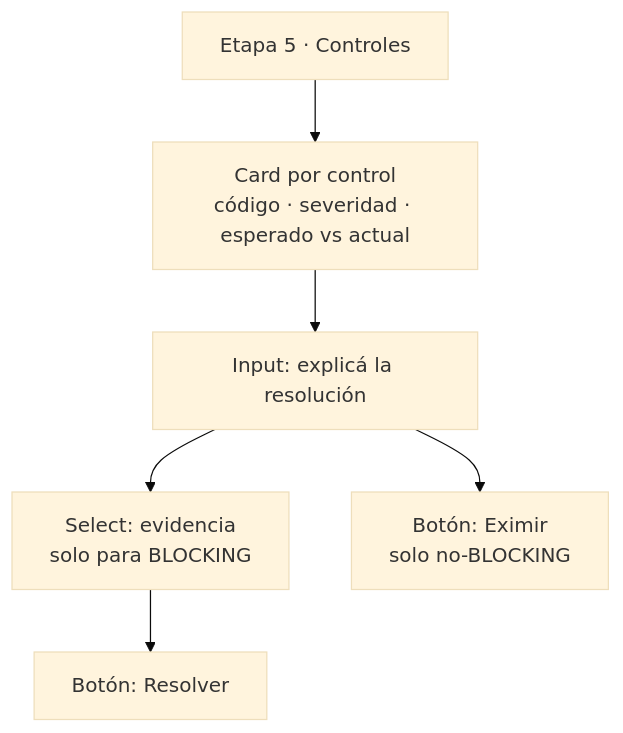
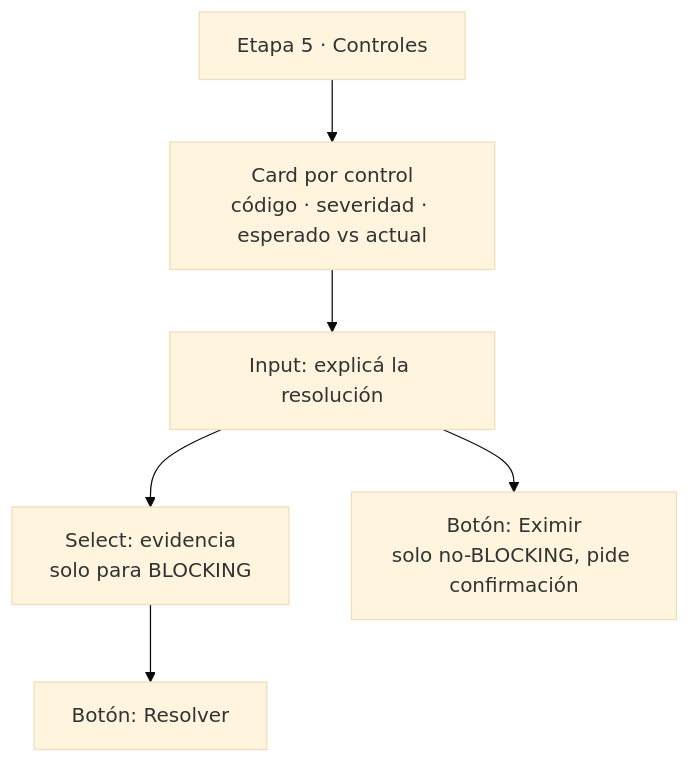
Before and after one commit to TataInti/contable: the seventh of 10 diagrams in docs/flujograma-expediente-mensual.md, drawn with Mermaid (base theme). The commit also changed other lines of this file, not shown here.

````diff
--- a/docs/flujograma-expediente-mensual.md
+++ b/docs/flujograma-expediente-mensual.md
@@ -177,8 +176,8 @@
 ```mermaid
 flowchart TD
     A[Etapa 5 · Controles] --> B[Card por control<br/>código · severidad · esperado vs actual]
     B --> C[Input: explicá la resolución]
     C --> D[Select: evidencia<br/>solo para BLOCKING]
     D --> E[Botón: Resolver]
-    C --> F[Botón: Eximir<br/>solo no-BLOCKING]
+    C --> F[Botón: Eximir<br/>solo no-BLOCKING, pide confirmación]
 ```
````
